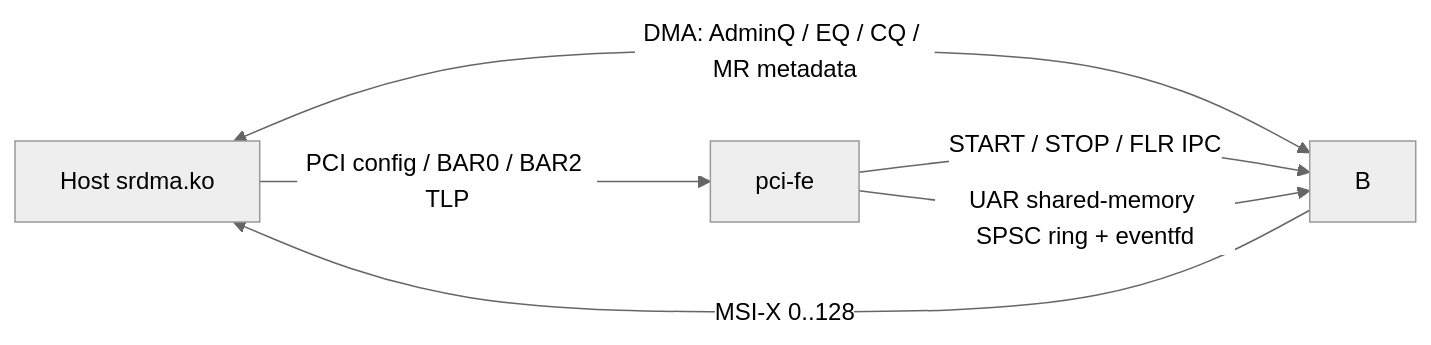
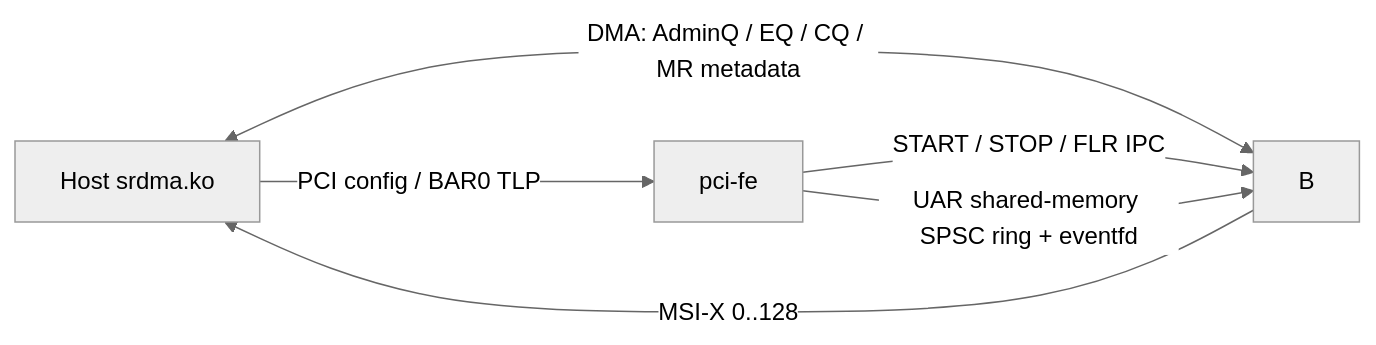
The first of 2 diagrams in applications/vfio_adminq/SRDMA_DRIVER_DESIGN.md (zhangpengfei-xyz/doca-samples), drawn with Mermaid (neutral theme) before and after one commit. The commit also changed other lines of this file and 16 other files, not shown here.

````diff
--- a/applications/vfio_adminq/SRDMA_DRIVER_DESIGN.md
+++ b/applications/vfio_adminq/SRDMA_DRIVER_DESIGN.md
@@ -63,8 +64,8 @@
 ```mermaid
 flowchart LR
-    K["Host srdma.ko"] -->|"PCI config / BAR0 / BAR2 TLP"| F["pci-fe"]
+    K["Host srdma.ko"] -->|"PCI config / BAR0 TLP"| F["pci-fe"]
     K <-->|"DMA: AdminQ / EQ / CQ / MR metadata"| B
     F -->|"START / STOP / FLR IPC"| B
     F -->|"UAR shared-memory SPSC ring + eventfd"| B
     B -->|"MSI-X 0..128"| K
 ```
````
